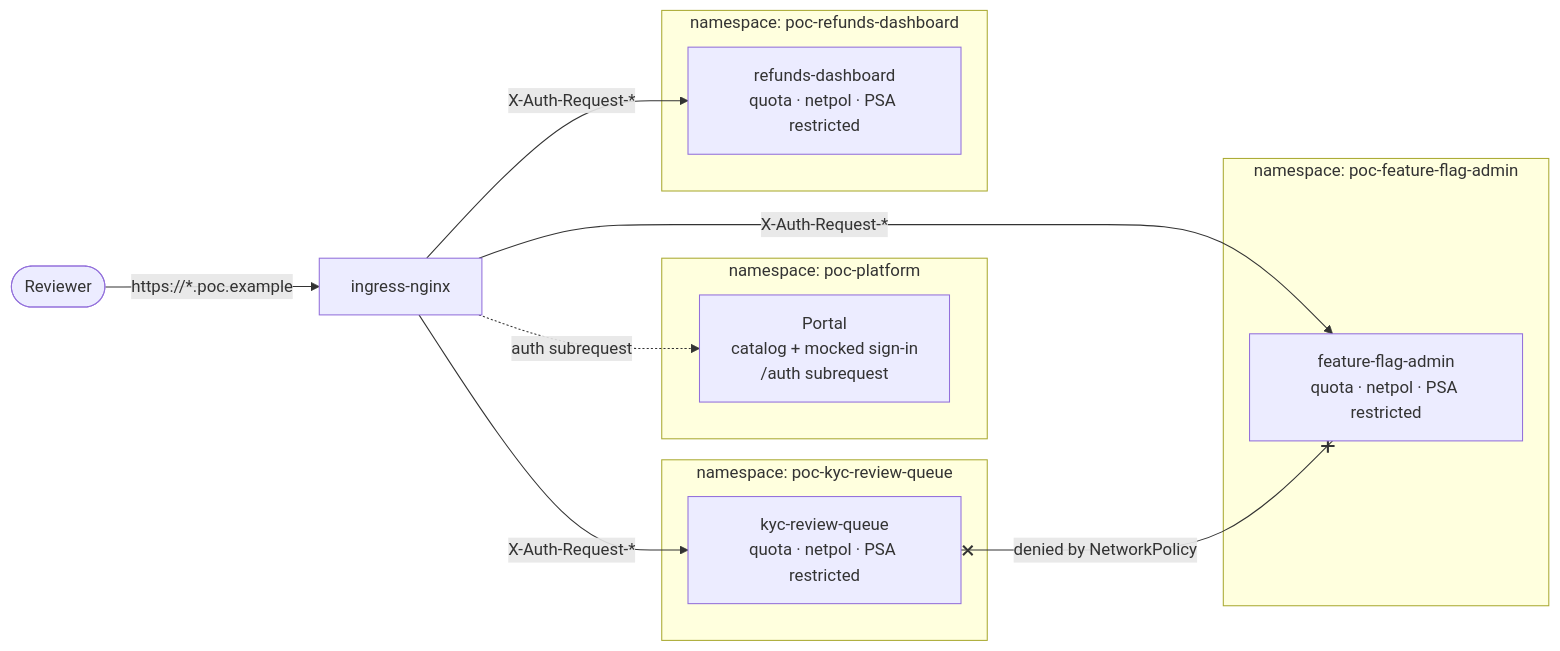
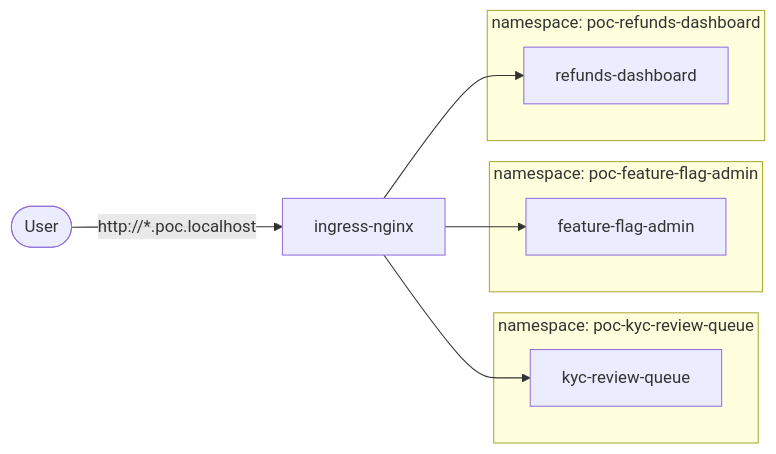
Before and after one commit to marcostcchen/Devin_POC: the diagram in platform/docs/architecture.md, drawn with Mermaid. The commit also changed other lines of this file and 68 other files, not shown here.

````diff
--- a/platform/docs/architecture.md
+++ b/platform/docs/architecture.md
@@ -8,26 +8,20 @@
 ```mermaid
 flowchart LR
-    user([Reviewer]) -->|https://*.poc.example| ingress[ingress-nginx]
-
-    subgraph platform_ns["namespace: poc-platform"]
-        portal[Portal<br/>catalog + mocked sign-in<br/>/auth subrequest]
-    end
+    user([User]) -->|http://*.poc.localhost| ingress[ingress-nginx]
 
     subgraph kyc_ns["namespace: poc-kyc-review-queue"]
-        kyc[kyc-review-queue<br/>quota · netpol · PSA restricted]
+        kyc[kyc-review-queue]
     end
 
     subgraph flags_ns["namespace: poc-feature-flag-admin"]
-        flags[feature-flag-admin<br/>quota · netpol · PSA restricted]
+        flags[feature-flag-admin]
     end
 
     subgraph refunds_ns["namespace: poc-refunds-dashboard"]
-        refunds[refunds-dashboard<br/>quota · netpol · PSA restricted]
+        refunds[refunds-dashboard]
     end
 
-    ingress -.->|auth subrequest| portal
-    ingress -->|X-Auth-Request-*| kyc
-    ingress -->|X-Auth-Request-*| flags
-    ingress -->|X-Auth-Request-*| refunds
-    kyc x--x|denied by NetworkPolicy| flags
+    ingress --> kyc
+    ingress --> flags
+    ingress --> refunds
 ```
````
